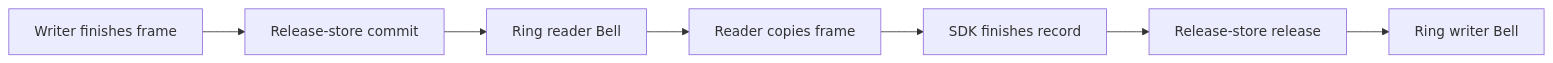
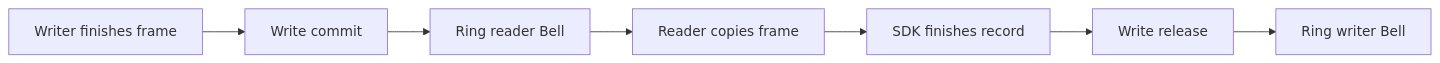
The fourth of 5 diagrams in sdk/ipc-contract.md (apache/bifromq-tenon), drawn with Mermaid before and after one commit. The commit also changed other lines of this file and 3 other files, not shown here.

Commit message:
1. refine the headings and notes. 2. wraps the error code in the table; 3. improve slot byte range statement; 4. improve the release-acquire store-load statements.

````diff
--- a/sdk/ipc-contract.md
+++ b/sdk/ipc-contract.md
@@ -260,7 +263,7 @@
 ```mermaid
 flowchart LR
-    W[Writer finishes frame] --> C[Release-store commit]
+    W[Writer finishes frame] --> C[Write commit]
     C --> B1[Ring reader Bell] --> R[Reader copies frame]
-    R --> P[SDK finishes record] --> L[Release-store release]
+    R --> P[SDK finishes record] --> L[Write release]
     L --> B2[Ring writer Bell]
 ```
````
